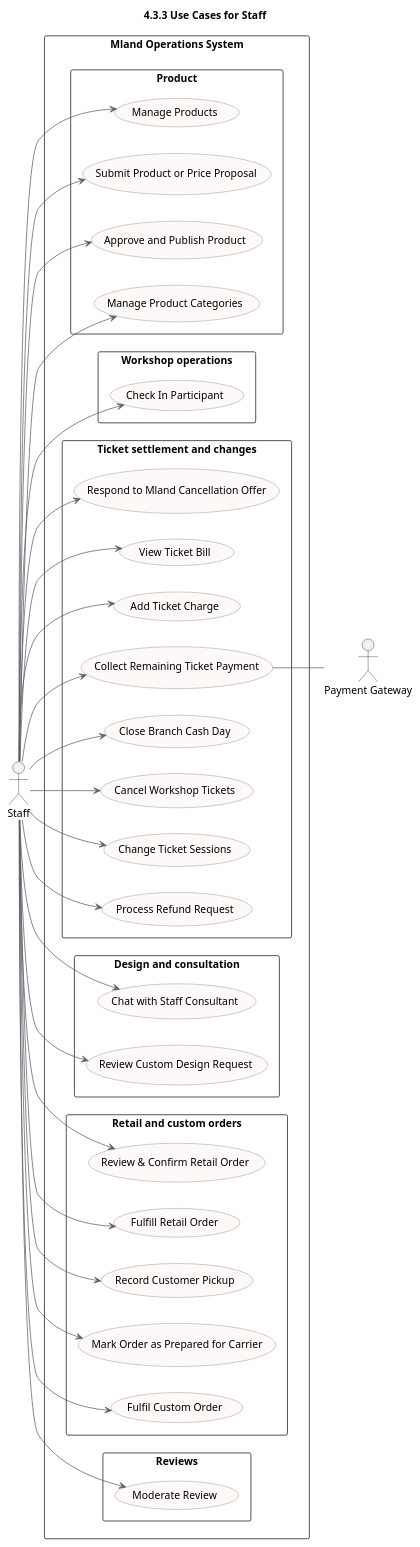
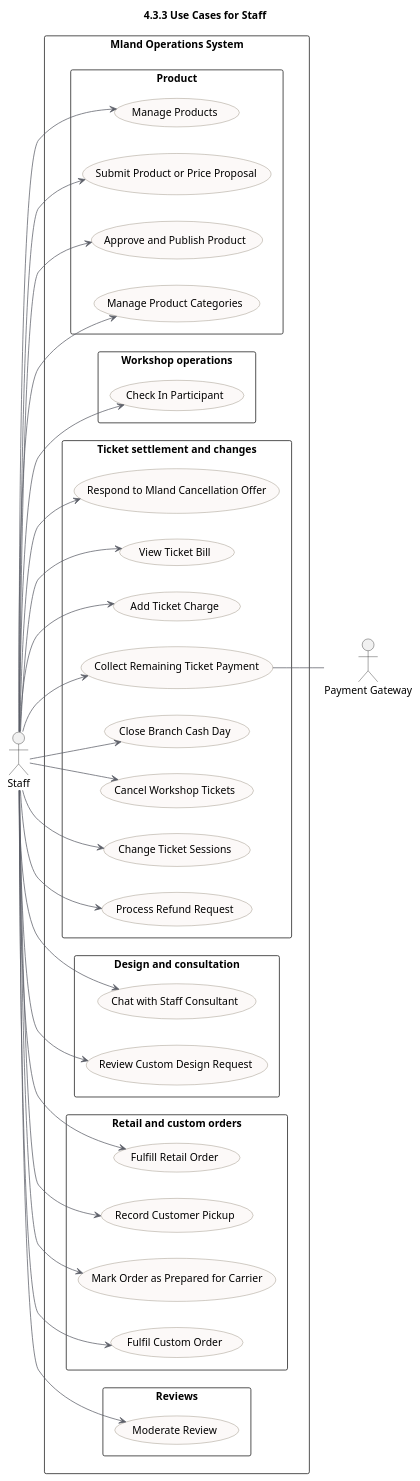
The diagram in documents/docs/report-3-software-requirement-specification/assets/diagrams/use-cases/04-staff-only.puml (quoc-ca/mland-operations-hub), drawn with PlantUML before and after one commit. The commit also changed 17 other files, not shown here.

```diff
--- a/documents/docs/report-3-software-requirement-specification/assets/diagrams/use-cases/04-staff-only.puml
+++ b/documents/docs/report-3-software-requirement-specification/assets/diagrams/use-cases/04-staff-only.puml
@@ -1,75 +1,73 @@
 @startuml
 !pragma charset UTF-8
 title 4.3.3 Use Cases for Staff
 left to right direction
 skinparam shadowing false
 skinparam packageStyle rectangle
 skinparam usecase {
   BackgroundColor #FCF9F8
   BorderColor #807663
   ArrowColor #5B5E67
 }
 
 actor Staff
 actor "Payment Gateway" as PaymentGateway
 
 rectangle "Mland Operations System" {
   package "Product" {
     usecase "Manage Products" as UC12
     usecase "Submit Product or Price Proposal" as UC14
     usecase "Approve and Publish Product" as UC15
     usecase "Manage Product Categories" as UC18
   }
   package "Workshop operations" {
     usecase "Check In Participant" as UC24
   }
   package "Ticket settlement and changes" {
     usecase "Respond to Mland Cancellation Offer" as UC88
     usecase "View Ticket Bill" as UC77
     usecase "Add Ticket Charge" as UC78
     usecase "Collect Remaining Ticket Payment" as UC79
     usecase "Close Branch Cash Day" as UC83
     usecase "Cancel Workshop Tickets" as UC84
     usecase "Change Ticket Sessions" as UC85
     usecase "Process Refund Request" as UC90
   }
   package "Design and consultation" {
     usecase "Chat with Staff Consultant" as UC38
     usecase "Review Custom Design Request" as UC40
   }
   package "Retail and custom orders" {
-    usecase "Review & Confirm Retail Order" as UC58
     usecase "Fulfill Retail Order" as UC59
     usecase "Record Customer Pickup" as UC60
     usecase "Mark Order as Prepared for Carrier" as UC61
     usecase "Fulfil Custom Order" as UC73
   }
   package "Reviews" {
     usecase "Moderate Review" as UC76
   }
 }
 
 Staff --> UC12
 Staff --> UC14
 Staff --> UC15
 Staff --> UC18
 Staff --> UC24
 Staff --> UC77
 Staff --> UC88
 Staff --> UC78
 Staff --> UC79
 Staff --> UC83
 Staff --> UC84
 Staff --> UC85
 Staff --> UC90
 Staff --> UC38
 Staff --> UC40
-Staff --> UC58
 Staff --> UC59
 Staff --> UC60
 Staff --> UC61
 Staff --> UC73
 Staff --> UC76
 
 UC79 -- PaymentGateway
 @enduml
```
